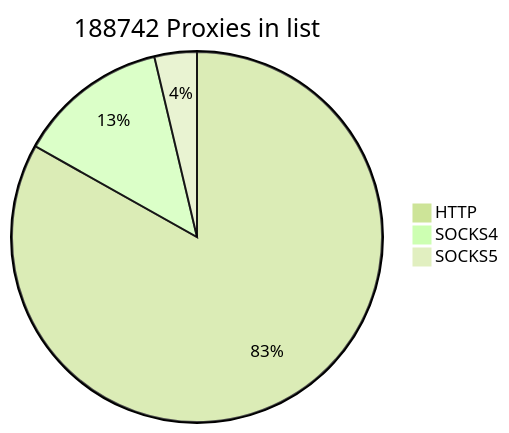
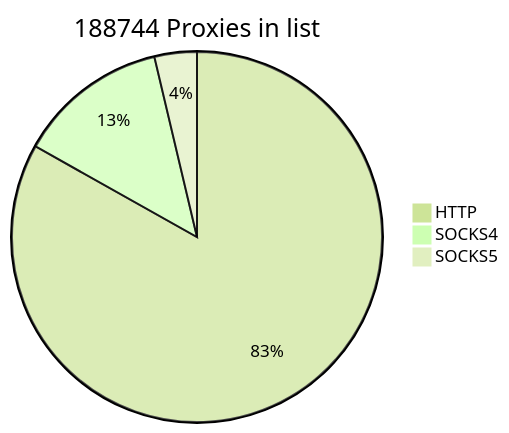
One commit to cutipu/proxylist changed the first of 2 diagrams in README.md. Above: the diagram before and after it, drawn with Mermaid (forest theme). The commit also changed other lines of this file, not shown here.

````diff
--- a/README.md
+++ b/README.md
@@ -2,7 +2,7 @@
 ```mermaid
-pie title 188742 Proxies in list
-    "HTTP" : 156915
+pie title 188744 Proxies in list
+    "HTTP" : 156917
     "SOCKS4" : 24846
     "SOCKS5" : 6981
             
 ```
````
